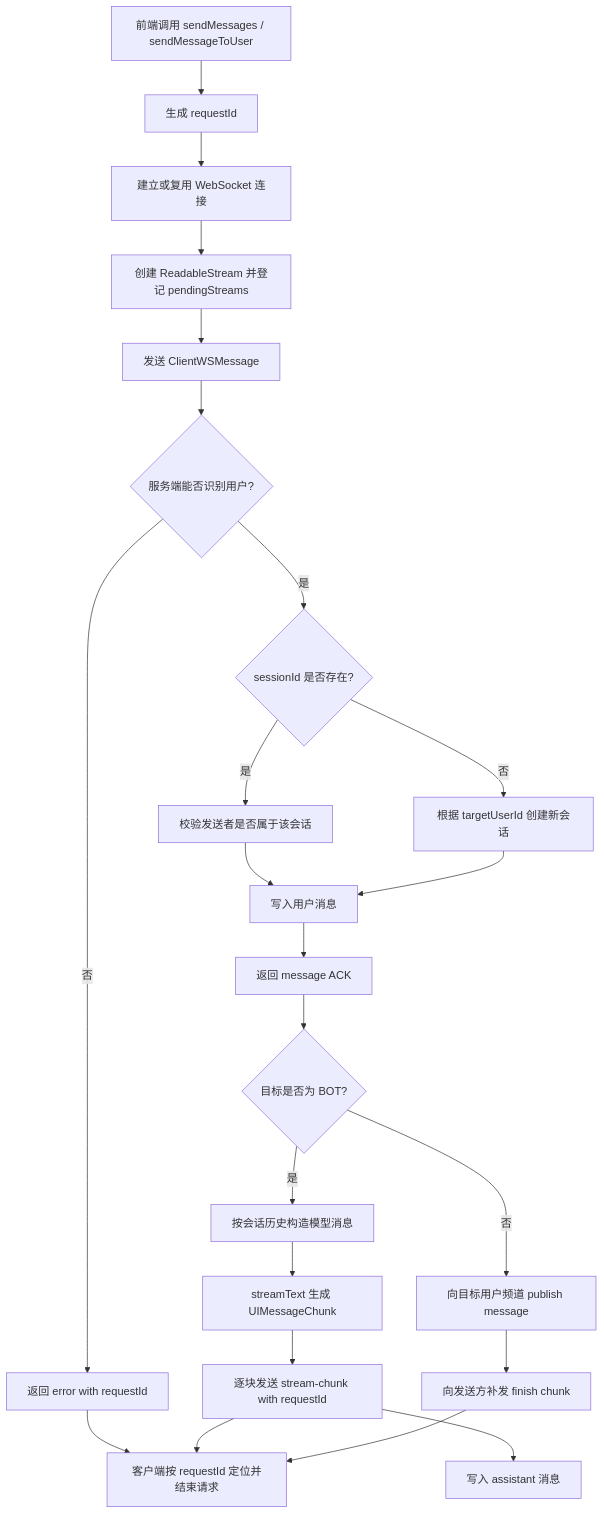
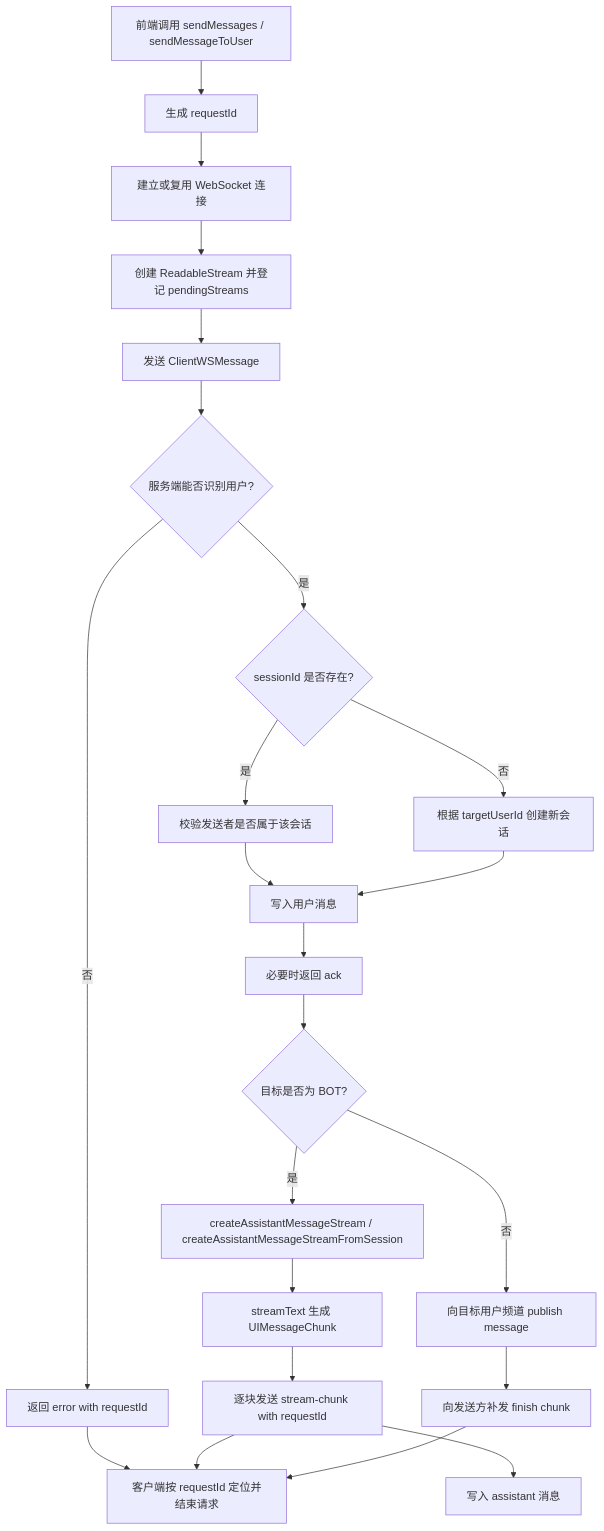
The first of 4 diagrams in docs/WEBSOCKET_CHAT_CURRENT_DESIGN.md (joseplin0/clawme), drawn with Mermaid before and after one commit. The commit also changed other lines of this file and 14 other files, not shown here.

First line of the commit message:
feat(chat): enhance chat functionality with unified assistant message handling

````diff
--- a/docs/WEBSOCKET_CHAT_CURRENT_DESIGN.md
+++ b/docs/WEBSOCKET_CHAT_CURRENT_DESIGN.md
@@ -96,32 +123,32 @@
 ```mermaid
 flowchart TD
     A[前端调用 sendMessages / sendMessageToUser] --> B[生成 requestId]
     B --> C[建立或复用 WebSocket 连接]
     C --> D[创建 ReadableStream 并登记 pendingStreams]
     D --> E[发送 ClientWSMessage]
 
     E --> F{服务端能否识别用户?}
     F -- 否 --> G[返回 error with requestId]
     F -- 是 --> H{sessionId 是否存在?}
 
     H -- 是 --> I[校验发送者是否属于该会话]
     H -- 否 --> J[根据 targetUserId 创建新会话]
 
     I --> K[写入用户消息]
     J --> K
 
-    K --> L[返回 message ACK]
+    K --> L[必要时返回 ack]
     L --> M{目标是否为 BOT?}
 
-    M -- 是 --> N[按会话历史构造模型消息]
+    M -- 是 --> N[createAssistantMessageStream / createAssistantMessageStreamFromSession]
     N --> O[streamText 生成 UIMessageChunk]
     O --> P[逐块发送 stream-chunk with requestId]
     P --> Q[写入 assistant 消息]
 
     M -- 否 --> R[向目标用户频道 publish message]
     R --> S[向发送方补发 finish chunk]
 
     G --> T[客户端按 requestId 定位并结束请求]
     P --> T
     S --> T
 ```
````
